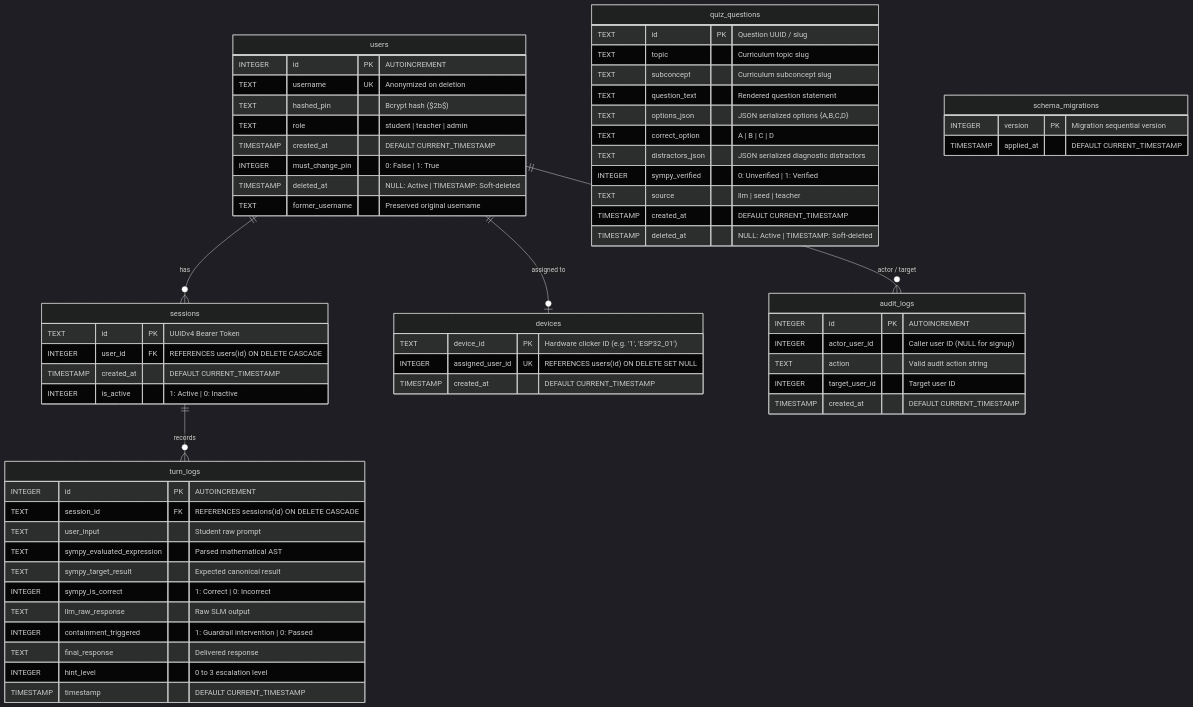
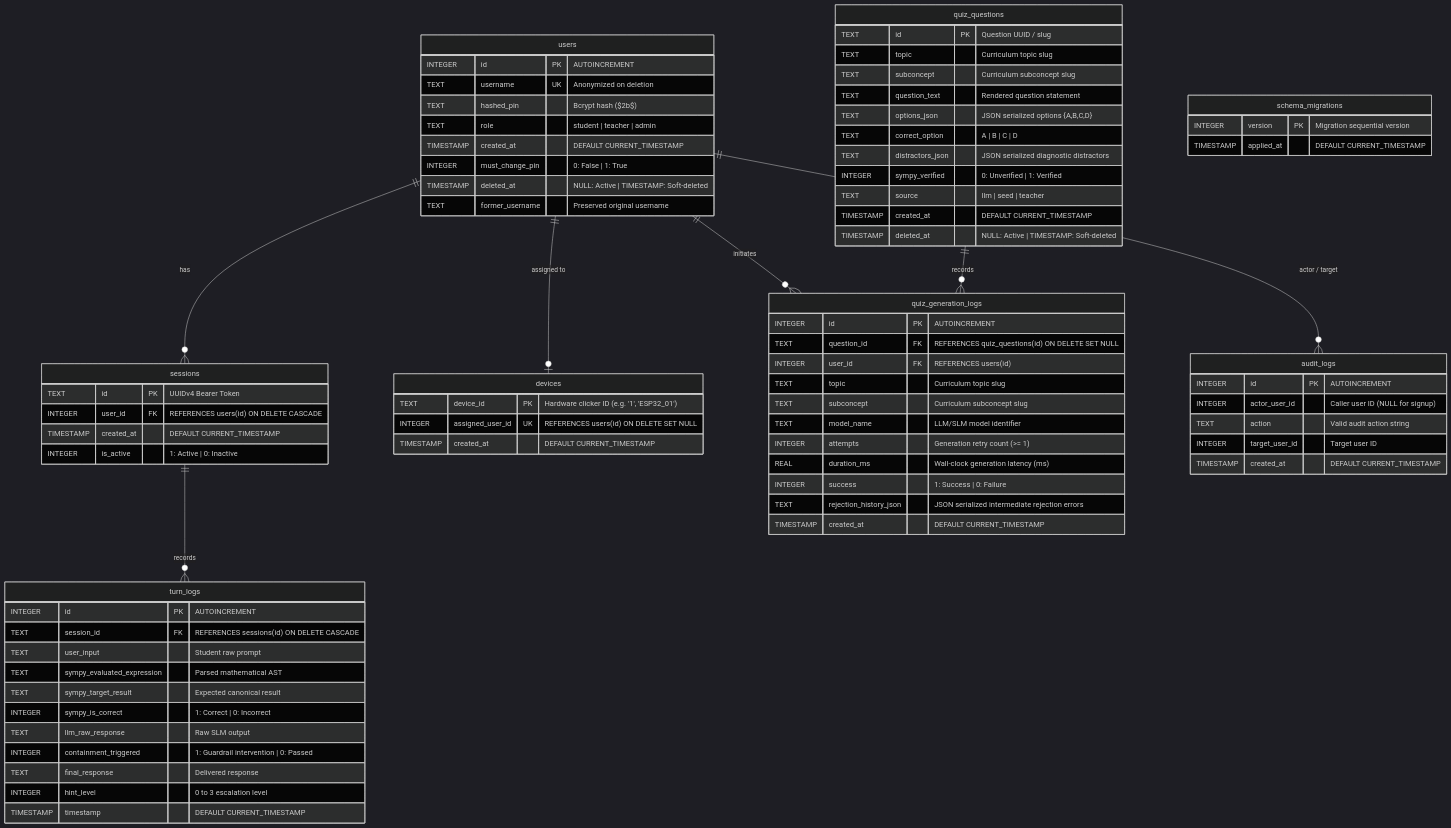
Before and after one commit to GabGP/TutorBox: the diagram in docs/database-schema.md, drawn with Mermaid (dark theme). The commit also changed other lines of this file and 1 other file, not shown here.

First line of the commit message:
docs(quiz): synchronize database schema and REST API reference for quiz generation telemetry

```diff
--- a/docs/database-schema.md
+++ b/docs/database-schema.md
@@ -59,6 +60,8 @@
 erDiagram
     users ||--o{ sessions : "has"
     users ||--o| devices : "assigned to"
+    users ||--o{ quiz_generation_logs : "initiates"
+    quiz_questions ||--o{ quiz_generation_logs : "records"
     sessions ||--o{ turn_logs : "records"
     users ||--o{ audit_logs : "actor / target"
 
@@ -114,6 +117,20 @@
         TIMESTAMP deleted_at "NULL: Active | TIMESTAMP: Soft-deleted"
     }
 
+    quiz_generation_logs {
+        INTEGER id PK "AUTOINCREMENT"
+        TEXT question_id FK "REFERENCES quiz_questions(id) ON DELETE SET NULL"
+        INTEGER user_id FK "REFERENCES users(id)"
+        TEXT topic "Curriculum topic slug"
+        TEXT subconcept "Curriculum subconcept slug"
+        TEXT model_name "LLM/SLM model identifier"
+        INTEGER attempts "Generation retry count (>= 1)"
+        REAL duration_ms "Wall-clock generation latency (ms)"
+        INTEGER success "1: Success | 0: Failure"
+        TEXT rejection_history_json "JSON serialized intermediate rejection errors"
+        TIMESTAMP created_at "DEFAULT CURRENT_TIMESTAMP"
+    }
+
     audit_logs {
         INTEGER id PK "AUTOINCREMENT"
         INTEGER actor_user_id "Caller user ID (NULL for signup)"
```
